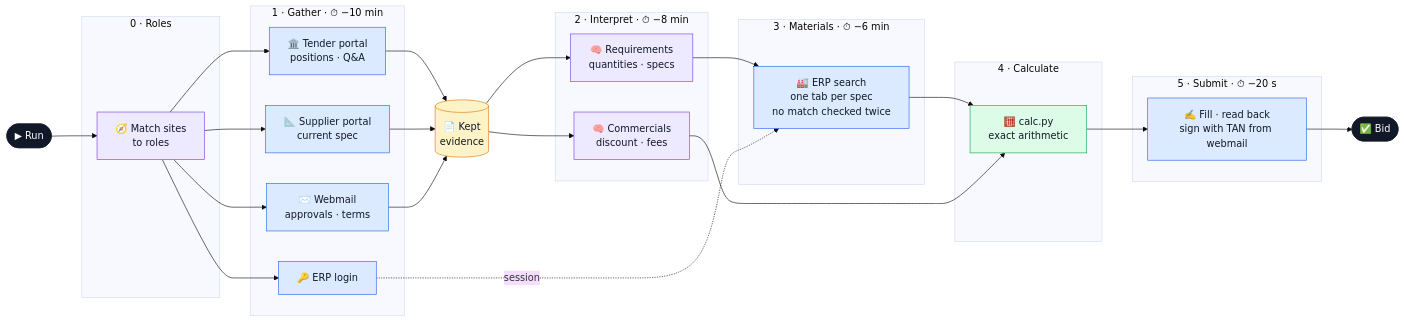
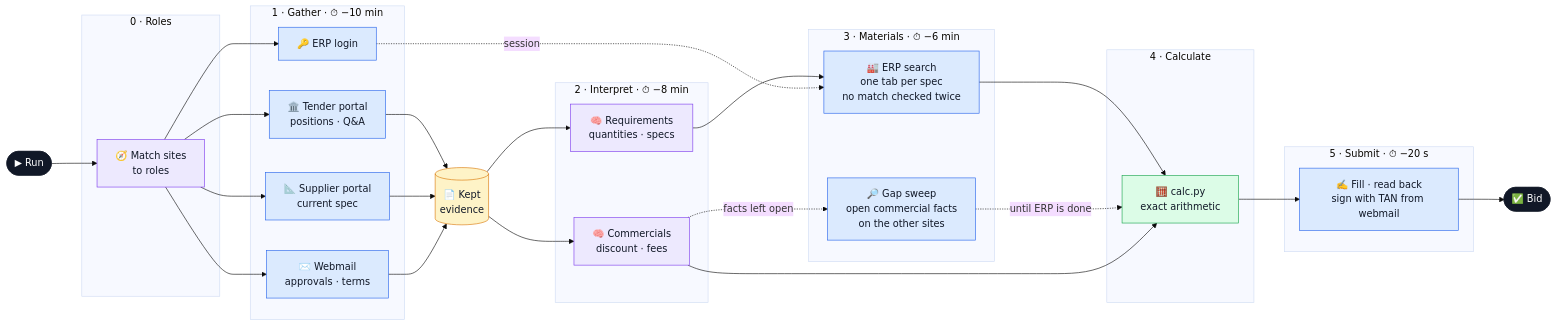
The diagram in README.md (lucakammerer/adminrights), drawn with Mermaid (base theme) before and after one commit. The commit also changed 19 other files, not shown here.

````diff
--- a/README.md
+++ b/README.md
@@ -7,54 +7,56 @@
 ```mermaid
 flowchart LR
   run([▶ Run]) --> roles
 
   subgraph P0["0 · Roles"]
     roles["🧭 Match sites<br/>to roles"]
   end
 
   subgraph P1["1 · Gather · ⏱ −10 min"]
     tender["🏛️ Tender portal<br/>positions · Q#amp;A"]
     supplier["📐 Supplier portal<br/>current spec"]
     mail["✉️ Webmail<br/>approvals · terms"]
     login["🔑 ERP login"]
   end
 
   evidence[("📄 Kept<br/>evidence")]
 
   subgraph P2["2 · Interpret · ⏱ −8 min"]
     req["🧠 Requirements<br/>quantities · specs"]
     com["🧠 Commercials<br/>discount · fees"]
   end
 
   subgraph P3["3 · Materials · ⏱ −6 min"]
     erp["🏭 ERP search<br/>one tab per spec<br/>no match checked twice"]
+    sweepnode["🔎 Gap sweep<br/>open commercial facts<br/>on the other sites"]
   end
 
   subgraph P4["4 · Calculate"]
     calc["🧮 calc.py<br/>exact arithmetic"]
   end
 
   subgraph P5["5 · Submit · ⏱ −20 s"]
     submit["✍️ Fill · read back<br/>sign with TAN from webmail"]
   end
 
   roles --> tender & supplier & mail & login
   tender & supplier & mail --> evidence
   evidence --> req & com
   req --> erp
   login -. session .-> erp
   erp --> calc
+  com -. facts left open .-> sweepnode -. until ERP is done .-> calc
   com --> calc
   calc --> submit --> bid([✅ Bid])
 
   classDef browser fill:#dbeafe,stroke:#2563eb,color:#111827
   classDef model fill:#ede9fe,stroke:#7c3aed,color:#111827
   classDef code fill:#dcfce7,stroke:#16a34a,color:#111827
   classDef store fill:#fef3c7,stroke:#d97706,color:#111827
   classDef terminal fill:#111827,stroke:#111827,color:#ffffff
-  class tender,supplier,mail,login,erp,submit browser
+  class tender,supplier,mail,login,erp,sweepnode,submit browser
   class roles,req,com model
   class calc code
   class evidence store
   class run,bid terminal
 ```
````
